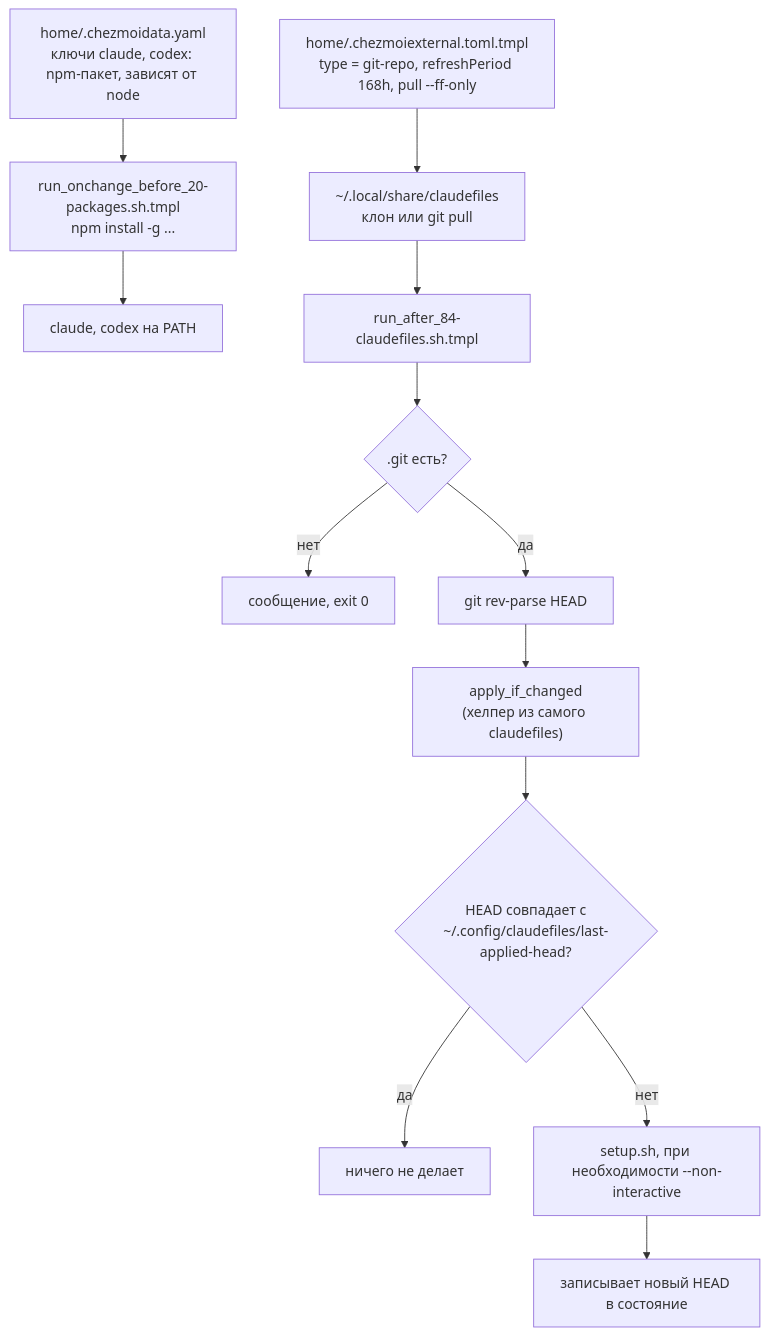
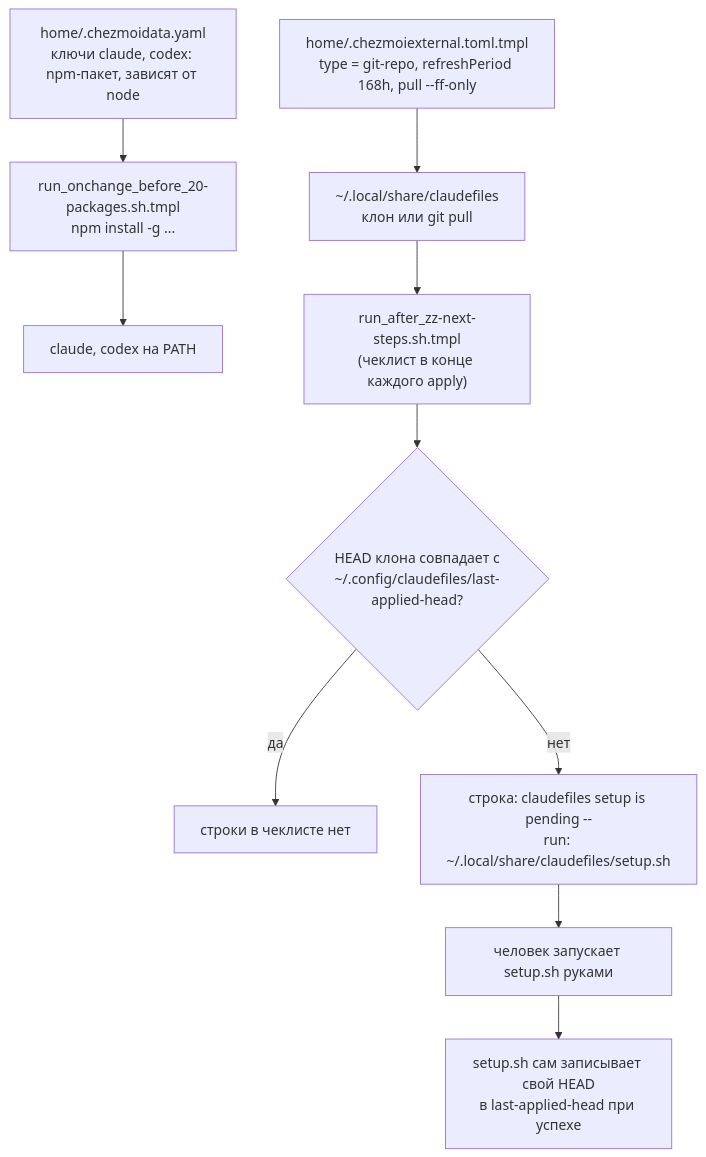
One commit to stpntkhnv/dotfiles changed the diagram in docs/agents.md. Above: the diagram before and after it, drawn with Mermaid. The commit also changed other lines of this file and 5 other files, not shown here.

Commit message:
claudefiles больше не запускается из apply: чеклист подсказывает прогнать setup.sh руками

````diff
--- a/docs/agents.md
+++ b/docs/agents.md
@@ -29,17 +32,14 @@
 ```mermaid
 flowchart TD
     DATA["home/.chezmoidata.yaml<br/>ключи claude, codex: npm-пакет, зависят от node"] --> PKG
     PKG["run_onchange_before_20-packages.sh.tmpl<br/>npm install -g ..."] --> BIN["claude, codex на PATH"]
 
     EXT["home/.chezmoiexternal.toml.tmpl<br/>type = git-repo, refreshPeriod 168h, pull --ff-only"] --> CLONE["~/.local/share/claudefiles<br/>клон или git pull"]
 
-    CLONE --> S84["run_after_84-claudefiles.sh.tmpl"]
-    S84 --> CHECK{".git есть?"}
-    CHECK -- нет --> EXIT0["сообщение, exit 0"]
-    CHECK -- да --> HEAD["git rev-parse HEAD"]
-    HEAD --> AIC["apply_if_changed<br/>(хелпер из самого claudefiles)"]
-    AIC --> CMP{"HEAD совпадает с<br/>~/.config/claudefiles/last-applied-head?"}
-    CMP -- да --> NOOP["ничего не делает"]
-    CMP -- нет --> RUN["setup.sh, при необходимости --non-interactive"]
-    RUN --> SAVE["записывает новый HEAD в состояние"]
+    CLONE --> ZZ["run_after_zz-next-steps.sh.tmpl<br/>(чеклист в конце каждого apply)"]
+    ZZ --> CMP{"HEAD клона совпадает с<br/>~/.config/claudefiles/last-applied-head?"}
+    CMP -- да --> NOOP["строки в чеклисте нет"]
+    CMP -- нет --> NAG["строка: claudefiles setup is pending --<br/>run: ~/.local/share/claudefiles/setup.sh"]
+    NAG --> RUN["человек запускает setup.sh руками"]
+    RUN --> SAVE["setup.sh сам записывает свой HEAD<br/>в last-applied-head при успехе"]
 ```
````
